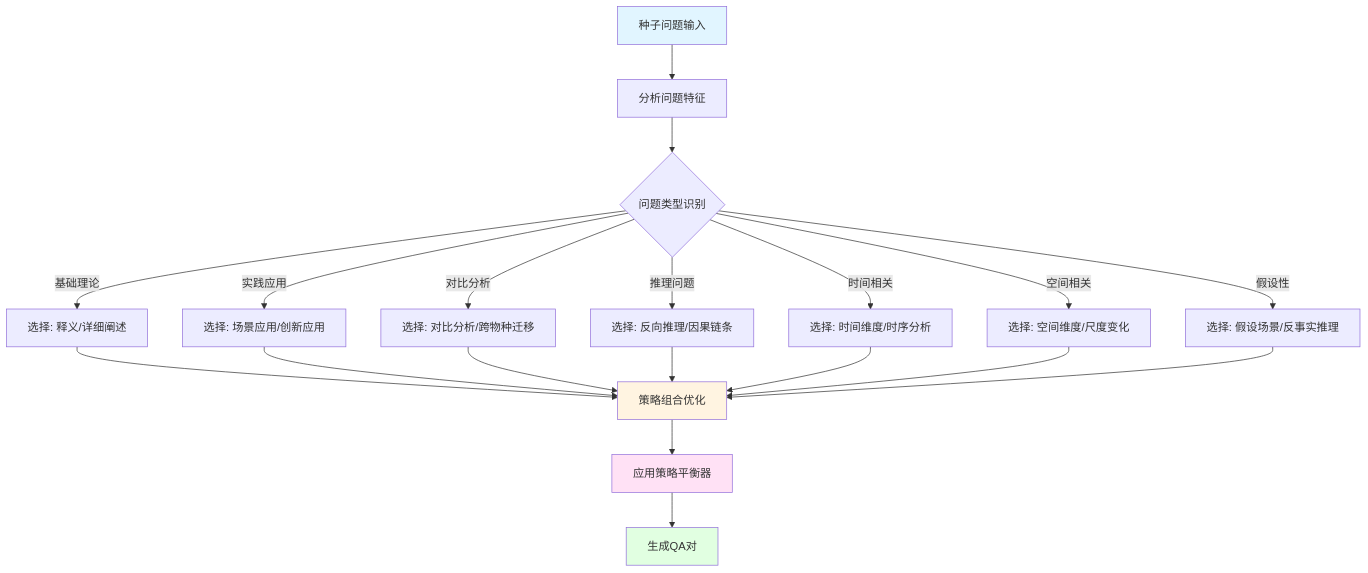
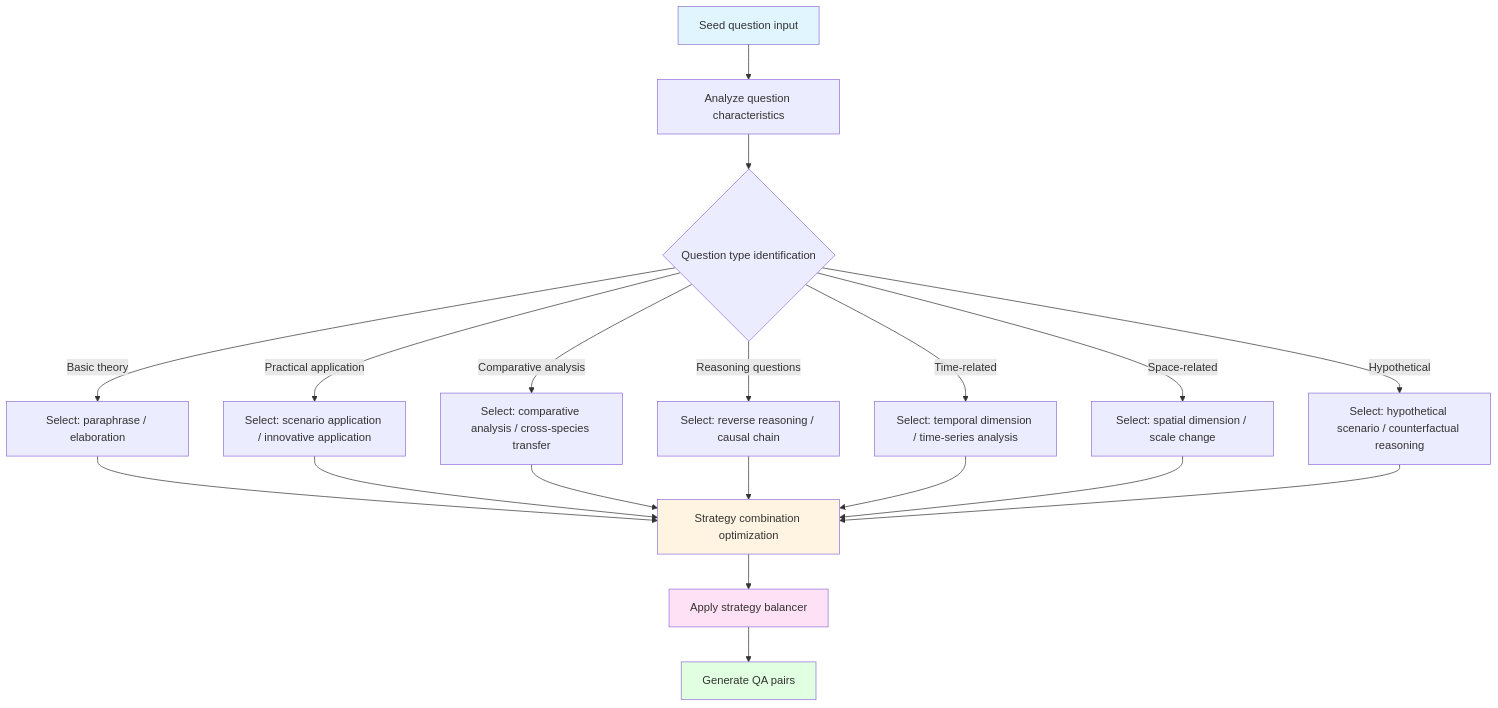
Before and after one commit to JackKuo666/QALoop: the third of 3 diagrams in pipelines/expert_qa_augmentation/README.md, drawn with Mermaid. The commit also changed other lines of this file and 25 other files, not shown here.

````diff
--- a/pipelines/expert_qa_augmentation/README.md
+++ b/pipelines/expert_qa_augmentation/README.md
@@ -104,29 +104,29 @@
 ```mermaid
 flowchart TD
-    A[种子问题输入] --> B[分析问题特征]
-    B --> C{问题类型识别}
+    A[Seed question input] --> B[Analyze question characteristics]
+    B --> C{Question type identification}
     
-    C -->|基础理论| D1[选择: 释义/详细阐述]
-    C -->|实践应用| D2[选择: 场景应用/创新应用]
-    C -->|对比分析| D3[选择: 对比分析/跨物种迁移]
-    C -->|推理问题| D4[选择: 反向推理/因果链条]
-    C -->|时间相关| D5[选择: 时间维度/时序分析]
-    C -->|空间相关| D6[选择: 空间维度/尺度变化]
-    C -->|假设性| D7[选择: 假设场景/反事实推理]
+    C -->|Basic theory| D1[Select: paraphrase / elaboration]
+    C -->|Practical application| D2[Select: scenario application / innovative application]
+    C -->|Comparative analysis| D3[Select: comparative analysis / cross-species transfer]
+    C -->|Reasoning questions| D4[Select: reverse reasoning / causal chain]
+    C -->|Time-related| D5[Select: temporal dimension / time-series analysis]
+    C -->|Space-related| D6[Select: spatial dimension / scale change]
+    C -->|Hypothetical| D7[Select: hypothetical scenario / counterfactual reasoning]
     
-    D1 --> E[策略组合优化]
+    D1 --> E[Strategy combination optimization]
     D2 --> E
     D3 --> E
     D4 --> E
     D5 --> E
     D6 --> E
     D7 --> E
     
-    E --> F[应用策略平衡器]
-    F --> G[生成QA对]
+    E --> F[Apply strategy balancer]
+    F --> G[Generate QA pairs]
     
     style A fill:#e1f5ff
     style E fill:#fff4e1
     style F fill:#ffe1f5
     style G fill:#e1ffe1
 ```
````
